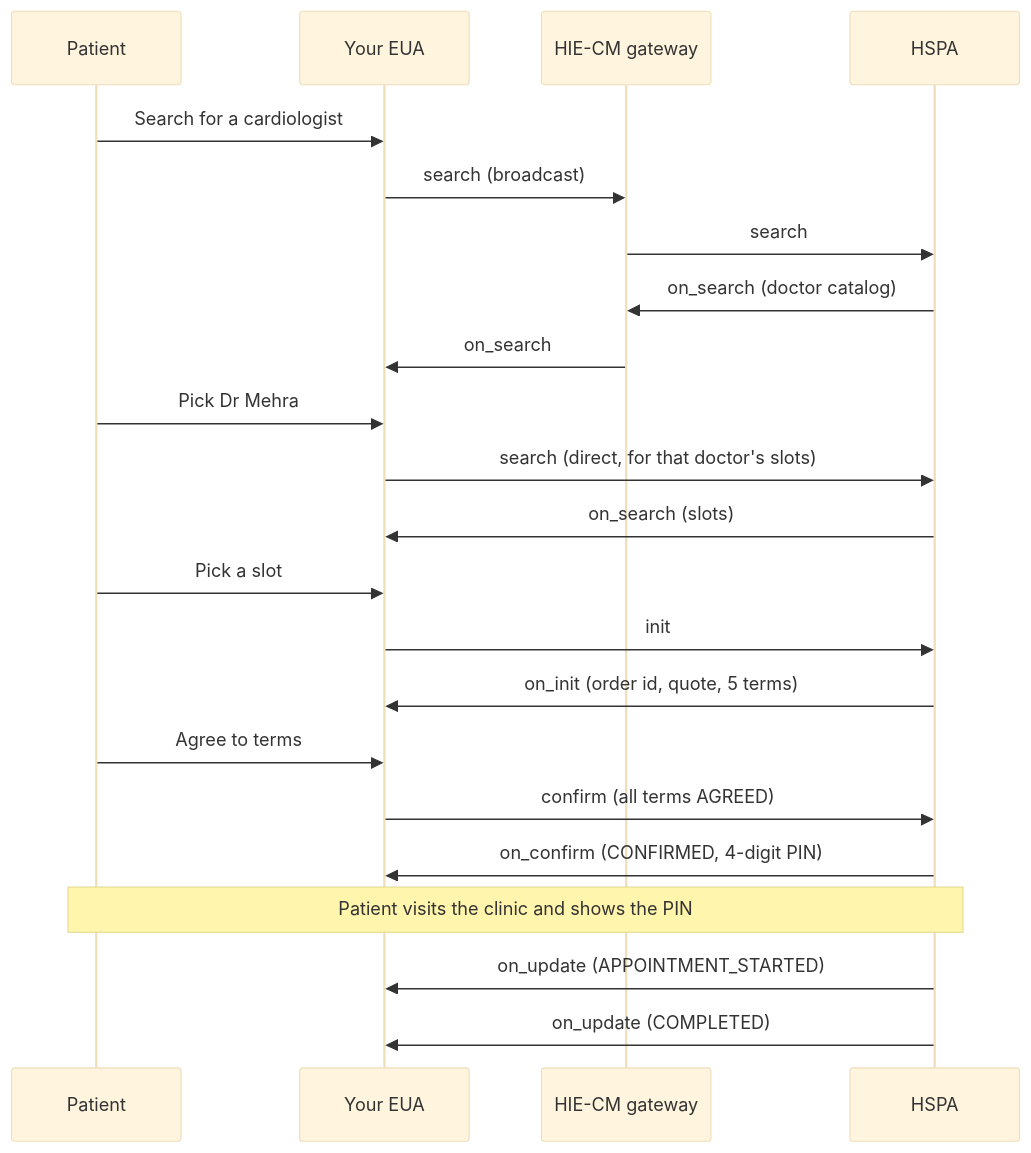
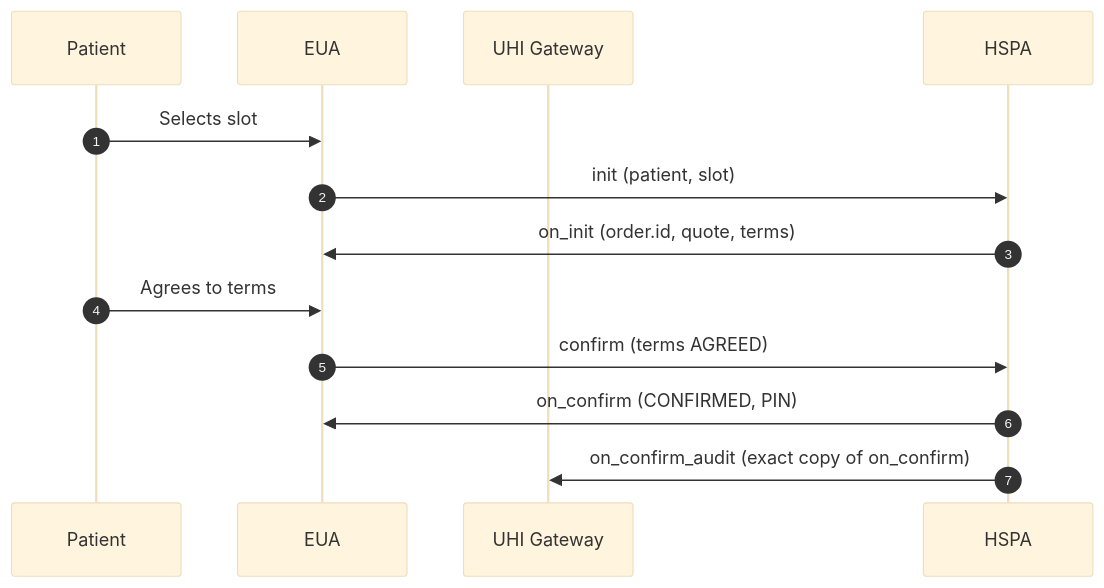
Before and after one commit to nha-in/docs: the second of 5 diagrams in site/docs/uhi/v1/services/consultation.mdx, drawn with Mermaid (base theme). The commit also changed other lines of this file and 12 other files, not shown here.

````diff
--- a/site/docs/uhi/v1/services/consultation.mdx
+++ b/site/docs/uhi/v1/services/consultation.mdx
@@ -44,24 +168,15 @@
 ```mermaid
 sequenceDiagram
+    autonumber
     participant P as Patient
-    participant EUA as Your EUA
-    participant GW as HIE-CM gateway
+    participant E as EUA
+    participant G as UHI Gateway
     participant H as HSPA
-    P->>EUA: Search for a cardiologist
-    EUA->>GW: search (broadcast)
-    GW->>H: search
-    H->>GW: on_search (doctor catalog)
-    GW->>EUA: on_search
-    P->>EUA: Pick Dr Mehra
-    EUA->>H: search (direct, for that doctor's slots)
-    H->>EUA: on_search (slots)
-    P->>EUA: Pick a slot
-    EUA->>H: init
-    H->>EUA: on_init (order id, quote, 5 terms)
-    P->>EUA: Agree to terms
-    EUA->>H: confirm (all terms AGREED)
-    H->>EUA: on_confirm (CONFIRMED, 4-digit PIN)
-    Note over P,H: Patient visits the clinic and shows the PIN
-    H->>EUA: on_update (APPOINTMENT_STARTED)
-    H->>EUA: on_update (COMPLETED)
+    P->>E: Selects slot
+    E->>H: init (patient, slot)
+    H->>E: on_init (order.id, quote, terms)
+    P->>E: Agrees to terms
+    E->>H: confirm (terms AGREED)
+    H->>E: on_confirm (CONFIRMED, PIN)
+    H->>G: on_confirm_audit (exact copy of on_confirm)
 ```
````
